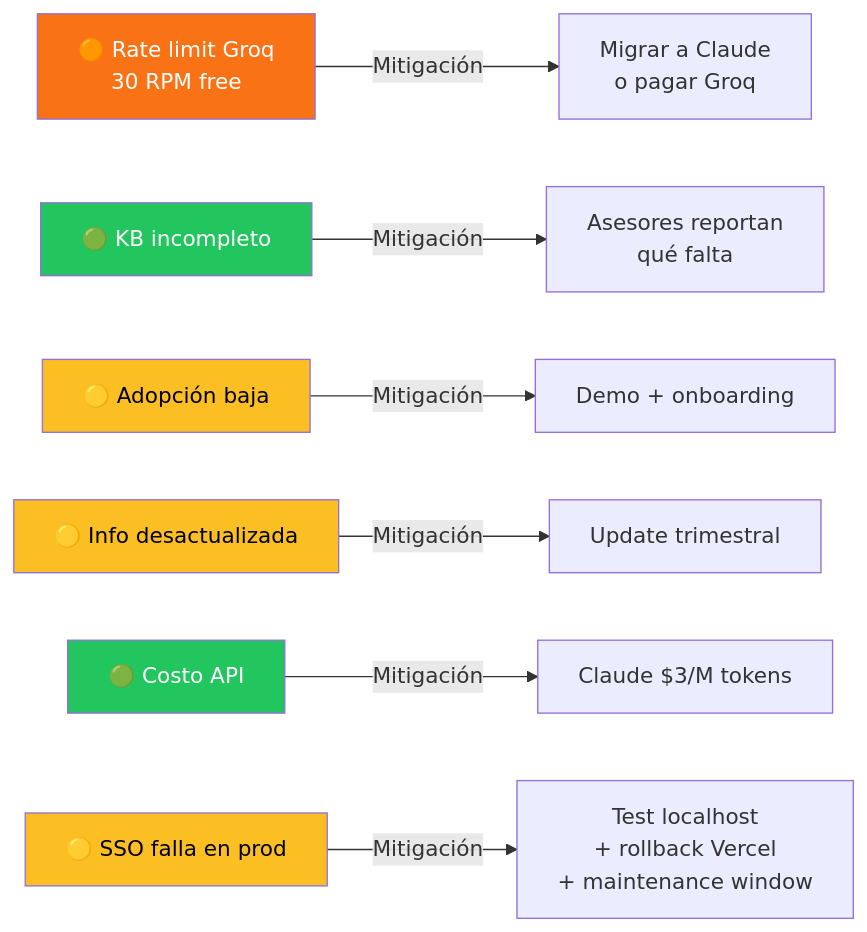
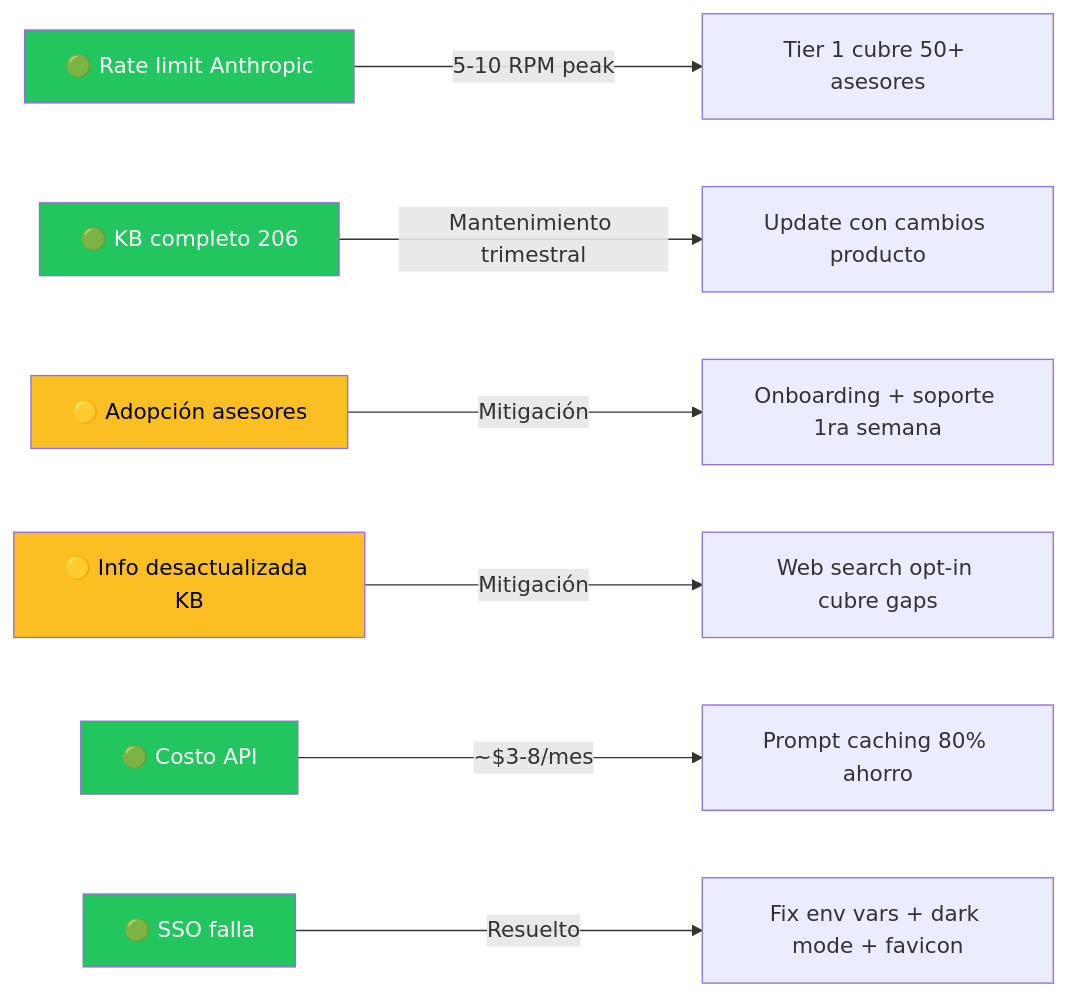
One commit to JnSbstnRivera/WINDMAR-AI-AGENT changed the ninth of 9 diagrams in ROADMAP.md. Above: the diagram before and after it, drawn with Mermaid. The commit also changed other lines of this file, not shown here.

Commit message:
docs: actualizar ROADMAP con todos los cambios del 8 mayo (lanzamiento definitivo)

````diff
--- a/ROADMAP.md
+++ b/ROADMAP.md
@@ -348,16 +272,16 @@
 ```mermaid
 flowchart LR
-    R1[🟠 Rate limit Groq<br/>30 RPM free] -->|Mitigación| M1[Migrar a Claude<br/>o pagar Groq]
-    R2[🟢 KB incompleto] -->|Mitigación| M2[Asesores reportan<br/>qué falta]
-    R3[🟡 Adopción baja] -->|Mitigación| M3[Demo + onboarding]
-    R4[🟡 Info desactualizada] -->|Mitigación| M4[Update trimestral]
-    R5[🟢 Costo API] -->|Mitigación| M5[Claude $3/M tokens]
-    R6[🟡 SSO falla en prod] -->|Mitigación| M6[Test localhost<br/>+ rollback Vercel<br/>+ maintenance window]
+    R1[🟢 Rate limit Anthropic] -->|5-10 RPM peak| M1[Tier 1 cubre 50+ asesores]
+    R2[🟢 KB completo 206] -->|Mantenimiento trimestral| M2[Update con cambios producto]
+    R3[🟡 Adopción asesores] -->|Mitigación| M3[Onboarding + soporte 1ra semana]
+    R4[🟡 Info desactualizada KB] -->|Mitigación| M4[Web search opt-in cubre gaps]
+    R5[🟢 Costo API] -->|~$3-8/mes| M5[Prompt caching 80% ahorro]
+    R6[🟢 SSO falla] -->|Resuelto| M6[Fix env vars + dark mode + favicon]
 
-    style R1 fill:#f97316,color:#fff
+    style R1 fill:#22c55e,color:#fff
     style R2 fill:#22c55e,color:#fff
     style R3 fill:#fbbf24,color:#000
     style R4 fill:#fbbf24,color:#000
     style R5 fill:#22c55e,color:#fff
-    style R6 fill:#fbbf24,color:#000
+    style R6 fill:#22c55e,color:#fff
 ```
````
